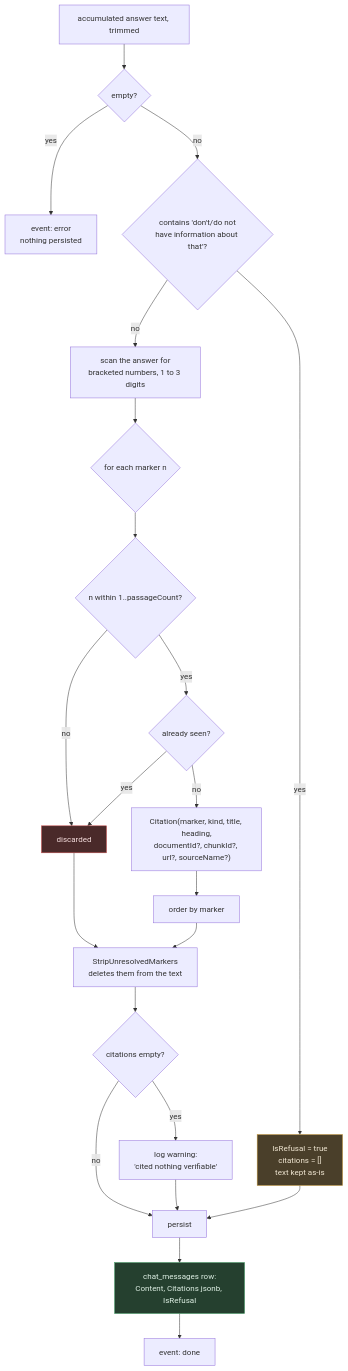
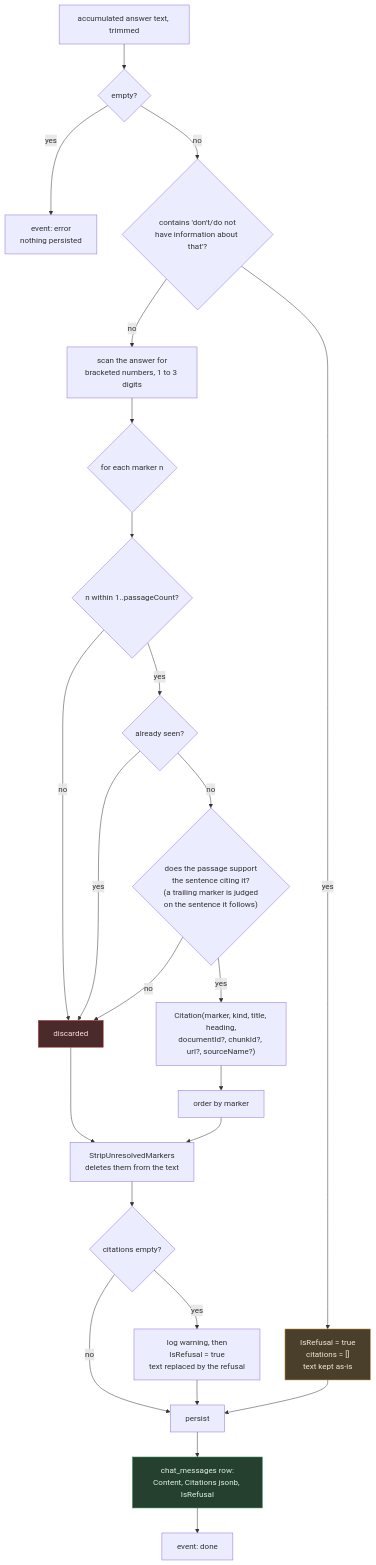
One commit to AnushxD/Knowledge-Hub changed the seventh of 7 diagrams in chat-pipeline.md. Above: the diagram before and after it, drawn with Mermaid. The commit also changed other lines of this file and 7 other files, not shown here.

````diff
--- a/chat-pipeline.md
+++ b/chat-pipeline.md
@@ -543,32 +543,34 @@
 ```mermaid
 flowchart TD
     A["accumulated answer text, trimmed"] --> B{"empty?"}
     B -->|yes| B1["event: error<br/>nothing persisted"]
     B -->|no| C{"contains 'don't/do not<br/>have information about that'?"}
 
     C -->|yes| D["IsRefusal = true<br/>citations = []<br/>text kept as-is"]
 
     C -->|no| E["scan the answer for<br/>bracketed numbers, 1 to 3 digits"]
     E --> F{"for each marker n"}
     F --> G{"n within 1..passageCount?"}
     G -->|no| H["discarded"]
     G -->|yes| I{"already seen?"}
     I -->|yes| H
-    I -->|no| J["Citation(marker, kind, title, heading,<br/>documentId?, chunkId?, url?, sourceName?)"]
+    I -->|no| S{"does the passage support<br/>the sentence citing it?<br/>(a trailing marker is judged<br/>on the sentence it follows)"}
+    S -->|no| H
+    S -->|yes| J["Citation(marker, kind, title, heading,<br/>documentId?, chunkId?, url?, sourceName?)"]
 
     J --> K["order by marker"]
     H --> L["StripUnresolvedMarkers<br/>deletes them from the text"]
     K --> L
     L --> M{"citations empty?"}
-    M -->|yes| M1["log warning:<br/>'cited nothing verifiable'"]
+    M -->|yes| M1["log warning, then<br/>IsRefusal = true<br/>text replaced by the refusal"]
     M -->|no| N["persist"]
     M1 --> N
     D --> N
 
     N --> O["chat_messages row:<br/>Content, Citations jsonb, IsRefusal"]
     O --> P["event: done"]
 
     style D fill:#4a3f2a,stroke:#c99a3b,color:#f0e6d2
     style H fill:#4a2a2a,stroke:#c94b4b,color:#f5dede
     style O fill:#25402f,stroke:#3f9c62,color:#dff0e5
 ```
````
